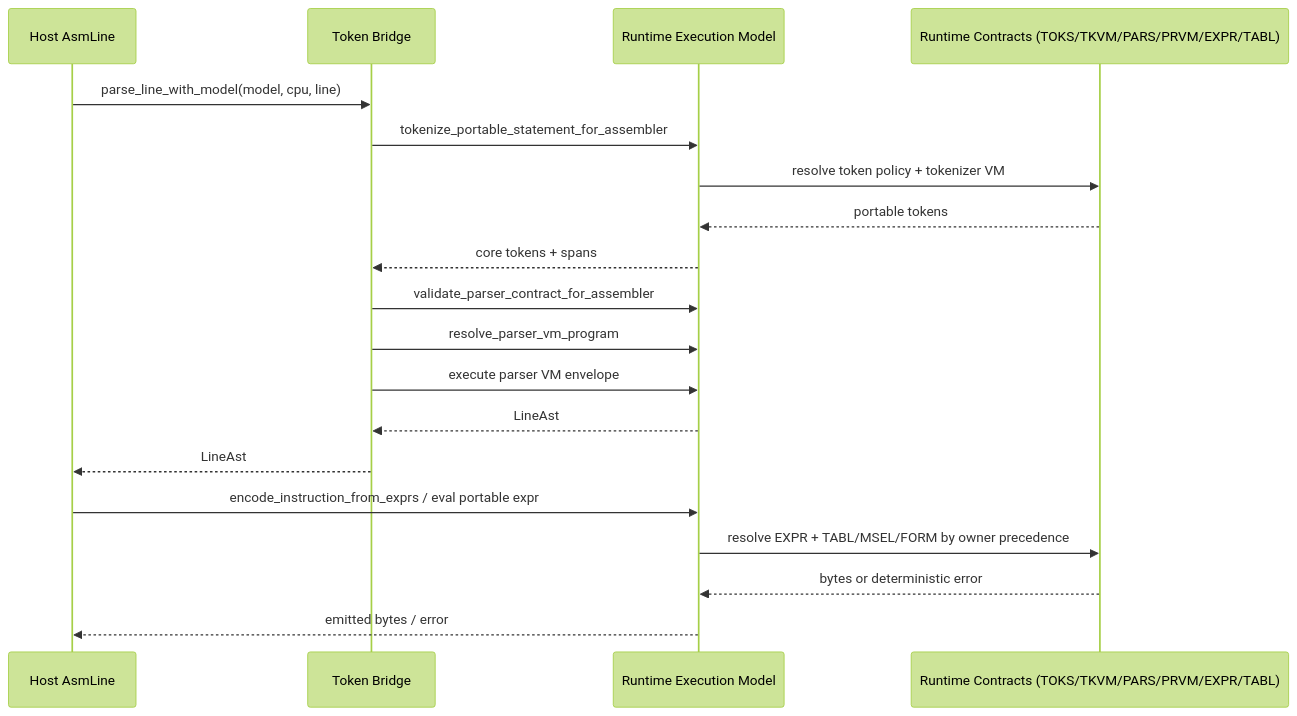
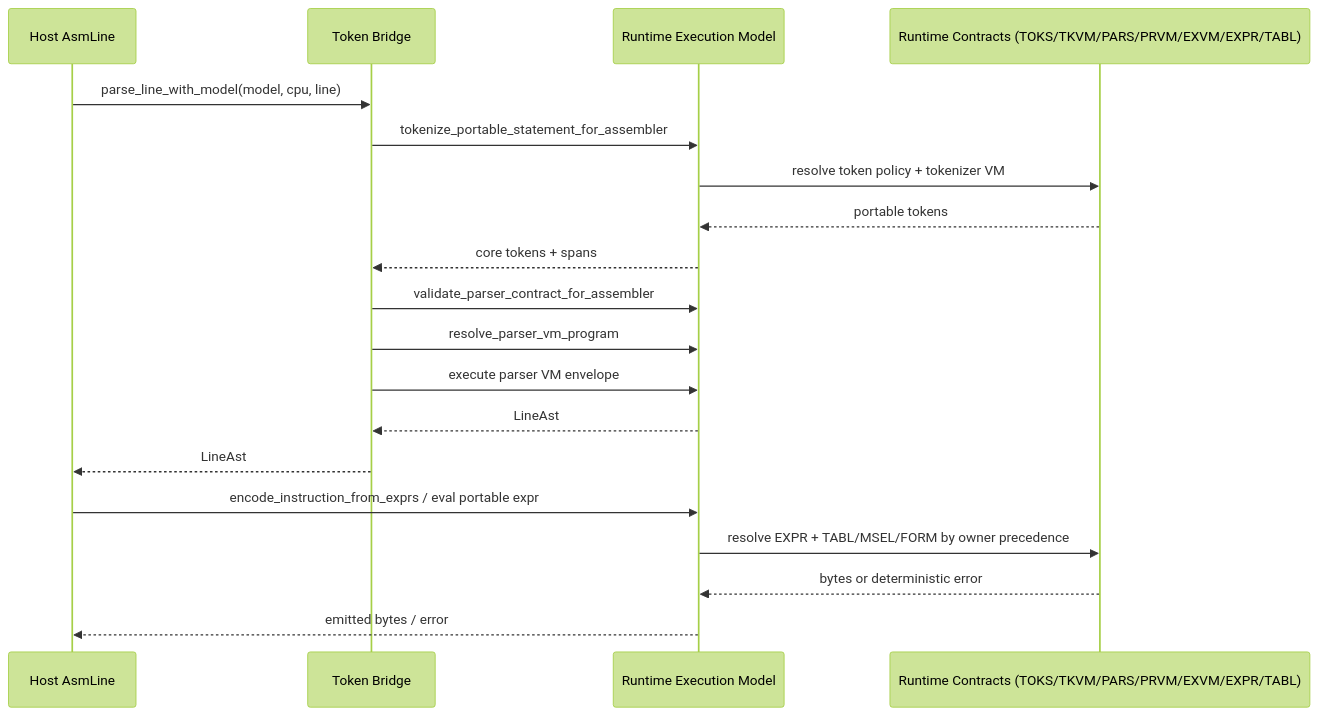
Before and after one commit to pig-games/opForge: the third of 3 diagrams in documentation/vm-boundary-protocol-v1.md, drawn with Mermaid (forest theme). The commit also changed other lines of this file and 4 other files, not shown here.

````diff
--- a/documentation/vm-boundary-protocol-v1.md
+++ b/documentation/vm-boundary-protocol-v1.md
@@ -105,23 +106,23 @@
 ```mermaid
 sequenceDiagram
 	participant H as Host AsmLine
 	participant TB as Token Bridge
 	participant M as Runtime Execution Model
-	participant R as Runtime Contracts (TOKS/TKVM/PARS/PRVM/EXPR/TABL)
+	participant R as Runtime Contracts (TOKS/TKVM/PARS/PRVM/EXVM/EXPR/TABL)
 
 	H->>TB: parse_line_with_model(model, cpu, line)
 	TB->>M: tokenize_portable_statement_for_assembler
 	M->>R: resolve token policy + tokenizer VM
 	R-->>M: portable tokens
 	M-->>TB: core tokens + spans
 	TB->>M: validate_parser_contract_for_assembler
 	TB->>M: resolve_parser_vm_program
 	TB->>M: execute parser VM envelope
 	M-->>TB: LineAst
 	TB-->>H: LineAst
 
 	H->>M: encode_instruction_from_exprs / eval portable expr
 	M->>R: resolve EXPR + TABL/MSEL/FORM by owner precedence
 	R-->>M: bytes or deterministic error
 	M-->>H: emitted bytes / error
 ```
````
